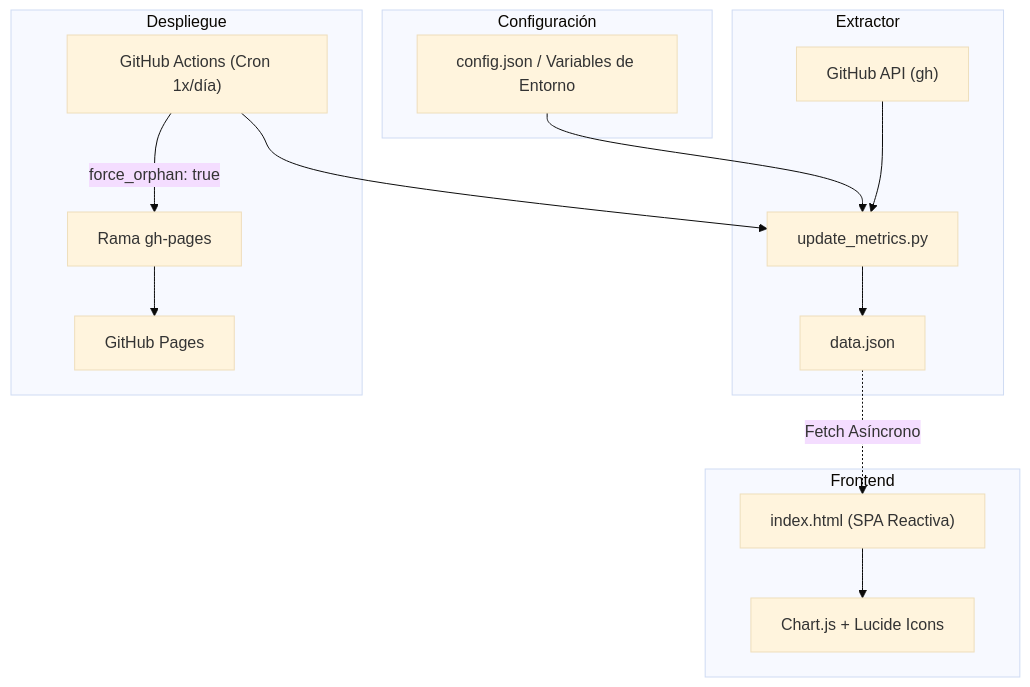
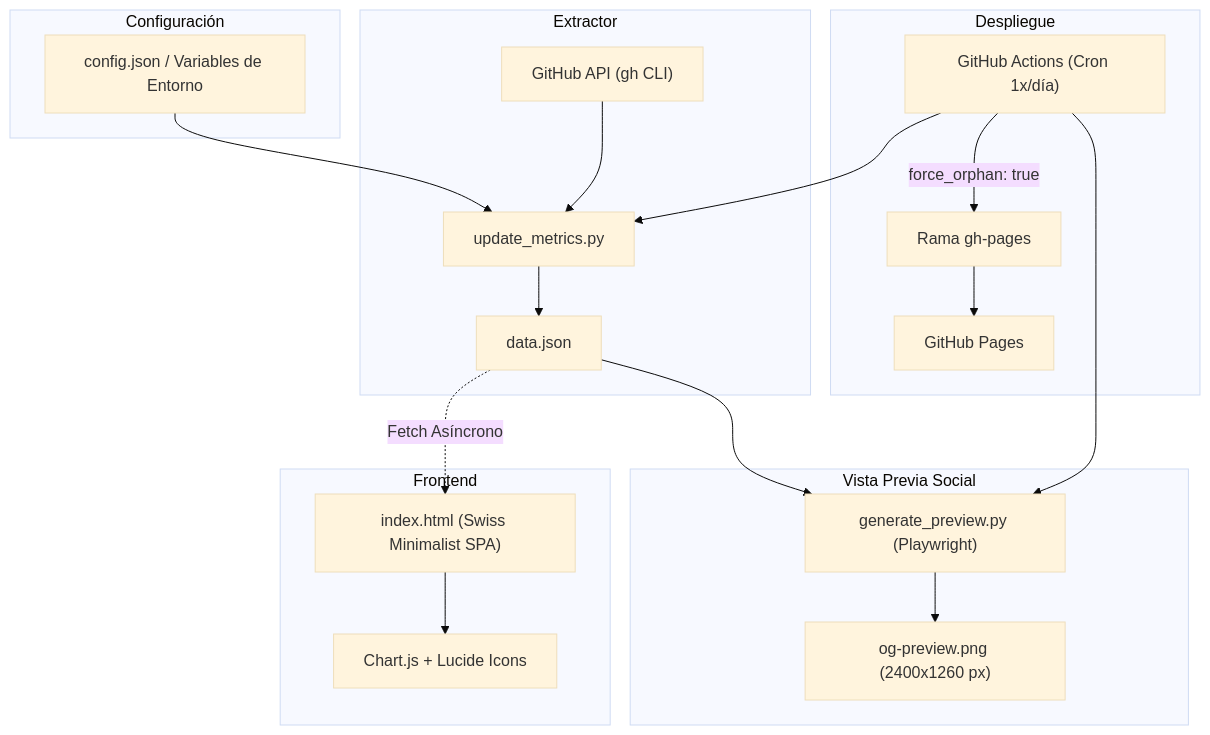
The diagram in README.md (PythonMexico/stats), drawn with Mermaid (base theme) before and after one commit. The commit also changed other lines of this file, not shown here.

Commit message:
docs: streamline onboarding with zero-config setup, add Playwright preview generation, and update project architecture documentation

````diff
--- a/README.md
+++ b/README.md
@@ -90,29 +76,37 @@
 ```mermaid
 flowchart TD
     subgraph Configuración
         CFG["config.json / Variables de Entorno"]
     end
 
     subgraph Extractor
-        CLI["GitHub API (gh)"]
+        CLI["GitHub API (gh CLI)"]
         EXT["update_metrics.py"]
         DATA["data.json"]
         CFG --> EXT
         CLI --> EXT
         EXT --> DATA
     end
 
+    subgraph Vista Previa Social
+        PREV["generate_preview.py (Playwright)"]
+        CARD["og-preview.png (2400x1260 px)"]
+        DATA --> PREV
+        PREV --> CARD
+    end
+
     subgraph Frontend
-        UI["index.html (SPA Reactiva)"]
+        UI["index.html (Swiss Minimalist SPA)"]
         DATA -.->|Fetch Asíncrono| UI
         CHARTS["Chart.js + Lucide Icons"]
         UI --> CHARTS
     end
 
     subgraph Despliegue
         GHA["GitHub Actions (Cron 1x/día)"]
         GHA --> EXT
+        GHA --> PREV
         GHA -->|force_orphan: true| GHP["Rama gh-pages"]
         GHP --> LIVE["GitHub Pages"]
     end
 ```
````
